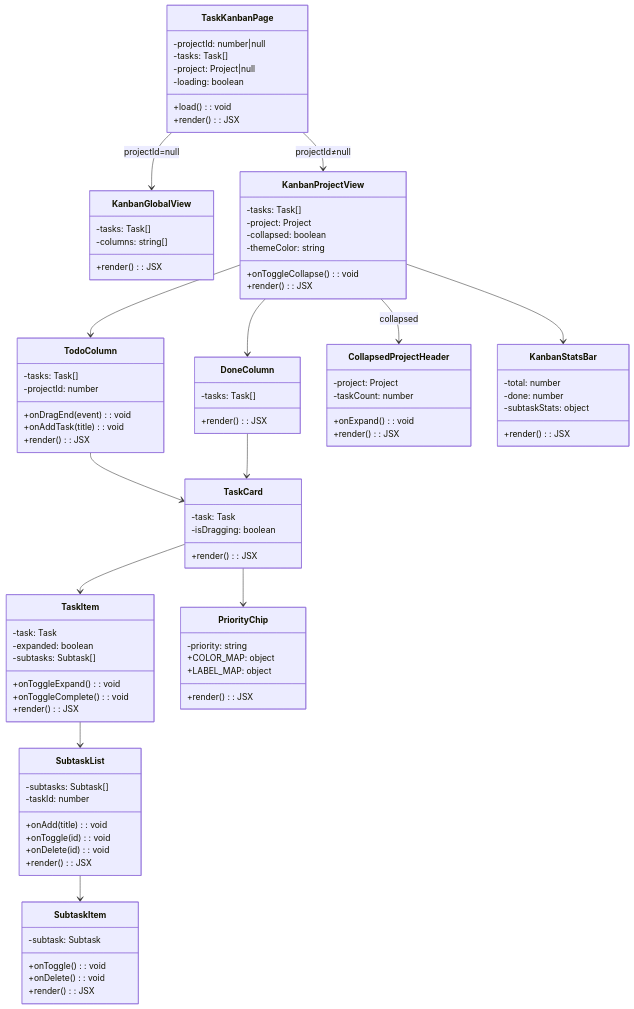
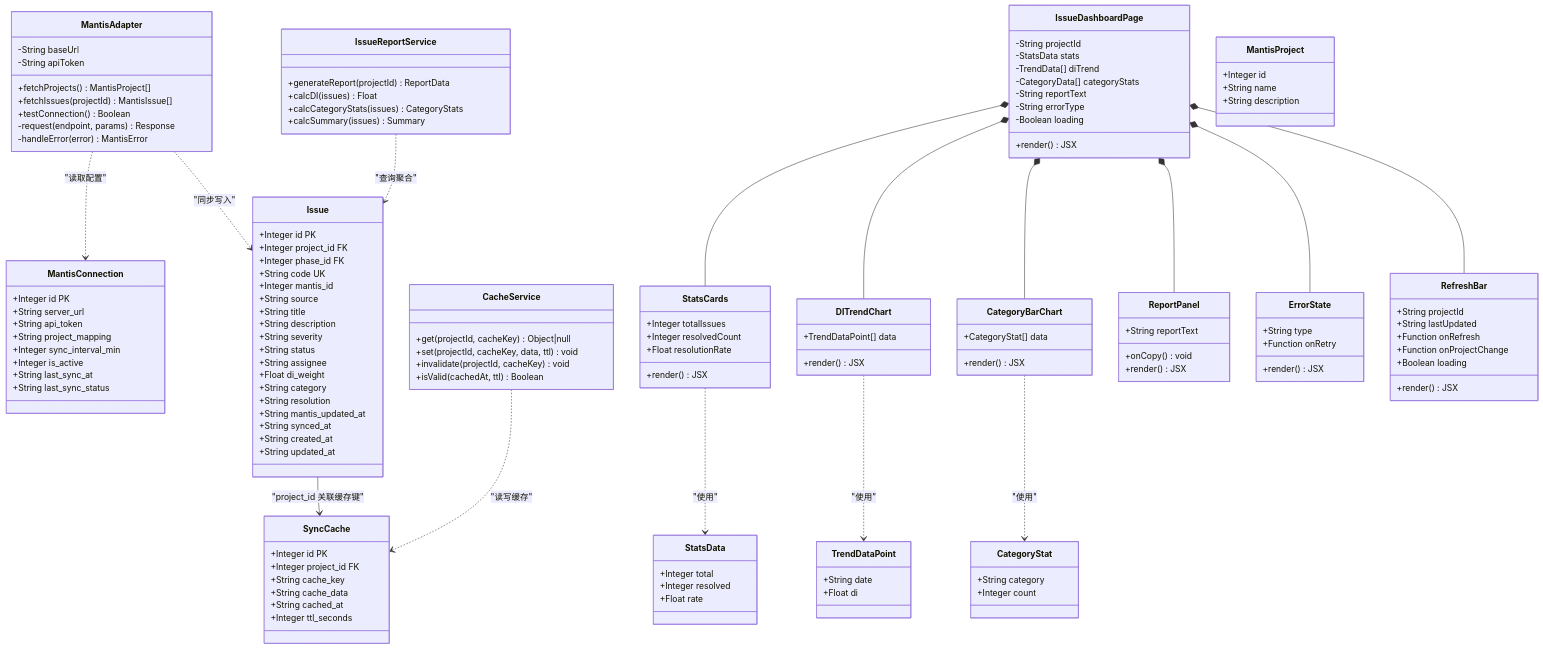
The first of 5 diagrams in docs/system_design.md (SugonChenxu/hpm), drawn with Mermaid before and after one commit. The commit also changed other lines of this file and 4 other files, not shown here.

````diff
--- a/docs/system_design.md
+++ b/docs/system_design.md
@@ -155,105 +88,161 @@
 classDiagram
     direction TB
 
-    class TaskKanbanPage {
-        -projectId: number|null
-        -tasks: Task[]
-        -project: Project|null
-        -loading: boolean
-        +load(): void
-        +render(): JSX
+    %% ── 数据库模型 ──
+    class Issue {
+        +Integer id PK
+        +Integer project_id FK
+        +Integer phase_id FK
+        +String code UK
+        +Integer mantis_id
+        +String source
+        +String title
+        +String description
+        +String severity
+        +String status
+        +String assignee
+        +Float di_weight
+        +String category
+        +String resolution
+        +String mantis_updated_at
+        +String synced_at
+        +String created_at
+        +String updated_at
     }
 
-    class KanbanGlobalView {
-        -tasks: Task[]
-        -columns: string[]
-        +render(): JSX
+    class SyncCache {
+        +Integer id PK
+        +Integer project_id FK
+        +String cache_key
+        +String cache_data
+        +String cached_at
+        +Integer ttl_seconds
     }
 
-    class KanbanProjectView {
-        -tasks: Task[]
-        -project: Project
-        -collapsed: boolean
-        -themeColor: string
-        +onToggleCollapse(): void
-        +render(): JSX
+    class MantisConnection {
+        +Integer id PK
+        +String server_url
+        +String api_token
+        +String project_mapping
+        +Integer sync_interval_min
+        +Integer is_active
+        +String last_sync_at
+        +String last_sync_status
     }
 
-    class TodoColumn {
-        -tasks: Task[]
-        -projectId: number
-        +onDragEnd(event): void
-        +onAddTask(title): void
-        +render(): JSX
+    Issue --> SyncCache : "project_id 关联缓存键"
+
+    %% ── 后端适配器与服务 ──
+    class MantisAdapter {
+        -String baseUrl
+        -String apiToken
+        +fetchProjects() MantisProject[]
+        +fetchIssues(projectId) MantisIssue[]
+        +testConnection() Boolean
+        -request(endpoint, params) Response
+        -handleError(error) MantisError
     }
 
-    class DoneColumn {
-        -tasks: Task[]
-        +render(): JSX
+    class CacheService {
+        +get(projectId, cacheKey) Object|null
+        +set(projectId, cacheKey, data, ttl) void
+        +invalidate(projectId, cacheKey) void
+        +isValid(cachedAt, ttl) Boolean
     }
 
-    class TaskCard {
-        -task: Task
-        -isDragging: boolean
-        +render(): JSX
+    class IssueReportService {
+        +generateReport(projectId) ReportData
+        +calcDI(issues) Float
+        +calcCategoryStats(issues) CategoryStats
+        +calcSummary(issues) Summary
     }
 
-    class TaskItem {
-        -task: Task
-        -expanded: boolean
-        -subtasks: Subtask[]
-        +onToggleExpand(): void
-        +onToggleComplete(): void
-        +render(): JSX
+    MantisAdapter ..> MantisConnection : "读取配置"
+    MantisAdapter ..> Issue : "同步写入"
+    CacheService ..> SyncCache : "读写缓存"
+    IssueReportService ..> Issue : "查询聚合"
+
+    %% ── 前端模型 ──
+    class IssueDashboardPage {
+        -String projectId
+        -StatsData stats
+        -TrendData[] diTrend
+        -CategoryData[] categoryStats
+        -String reportText
+        -String errorType
+        -Boolean loading
+        +render() JSX
     }
 
-    class SubtaskList {
-        -subtasks: Subtask[]
-        -taskId: number
-        +onAdd(title): void
-        +onToggle(id): void
-        +onDelete(id): void
-        +render(): JSX
+    class StatsCards {
+        +Integer totalIssues
+        +Integer resolvedCount
+        +Float resolutionRate
+        +render() JSX
     }
 
-    class SubtaskItem {
-        -subtask: Subtask
-        +onToggle(): void
-        +onDelete(): void
-        +render(): JSX
+    class DITrendChart {
+        +TrendDataPoint[] data
+        +render() JSX
     }
 
-    class PriorityChip {
-        -priority: string
-        +COLOR_MAP: object
-        +LABEL_MAP: object
-        +render(): JSX
+    class CategoryBarChart {
+        +CategoryStat[] data
+        +render() JSX
     }
 
-    class CollapsedProjectHeader {
-        -project: Project
-        -taskCount: number
-        +onExpand(): void
-        +render(): JSX
+    class ReportPanel {
+        +String reportText
+        +onCopy() void
+        +render() JSX
     }
 
-    class KanbanStatsBar {
-        -total: number
-        -done: number
-        -subtaskStats: object
-        +render(): JSX
+    class ErrorState {
+        +String type
+        +Function onRetry
+        +render() JSX
     }
 
-    TaskKanbanPage --> KanbanGlobalView : projectId=null
-    TaskKanbanPage --> KanbanProjectView : projectId≠null
-    KanbanProjectView --> TodoColumn
-    KanbanProjectView --> DoneColumn
-    KanbanProjectView --> CollapsedProjectHeader : collapsed
-    KanbanProjectView --> KanbanStatsBar
-    TodoColumn --> TaskCard
-    DoneColumn --> TaskCard
-    TaskCard --> TaskItem
-    TaskCard --> PriorityChip
-    TaskItem --> SubtaskList
-    SubtaskList --> SubtaskItem
+    class RefreshBar {
+        +String projectId
+        +String lastUpdated
+        +Function onRefresh
+        +Function onProjectChange
+        +Boolean loading
+        +render() JSX
+    }
+
+    IssueDashboardPage *-- StatsCards
+    IssueDashboardPage *-- DITrendChart
+    IssueDashboardPage *-- CategoryBarChart
+    IssueDashboardPage *-- ReportPanel
+    IssueDashboardPage *-- ErrorState
+    IssueDashboardPage *-- RefreshBar
+
+    %% ── 数据流类型 ──
+    class TrendDataPoint {
+        +String date
+        +Float di
+    }
+
+    class CategoryStat {
+        +String category
+        +Integer count
+    }
+
+    class StatsData {
+        +Integer total
+        +Integer resolved
+        +Float rate
+    }
+
+    class MantisProject {
+        +Integer id
+        +String name
+        +String description
+    }
+
+    DITrendChart ..> TrendDataPoint : "使用"
+    CategoryBarChart ..> CategoryStat : "使用"
+    StatsCards ..> StatsData : "使用"
 ```
````
